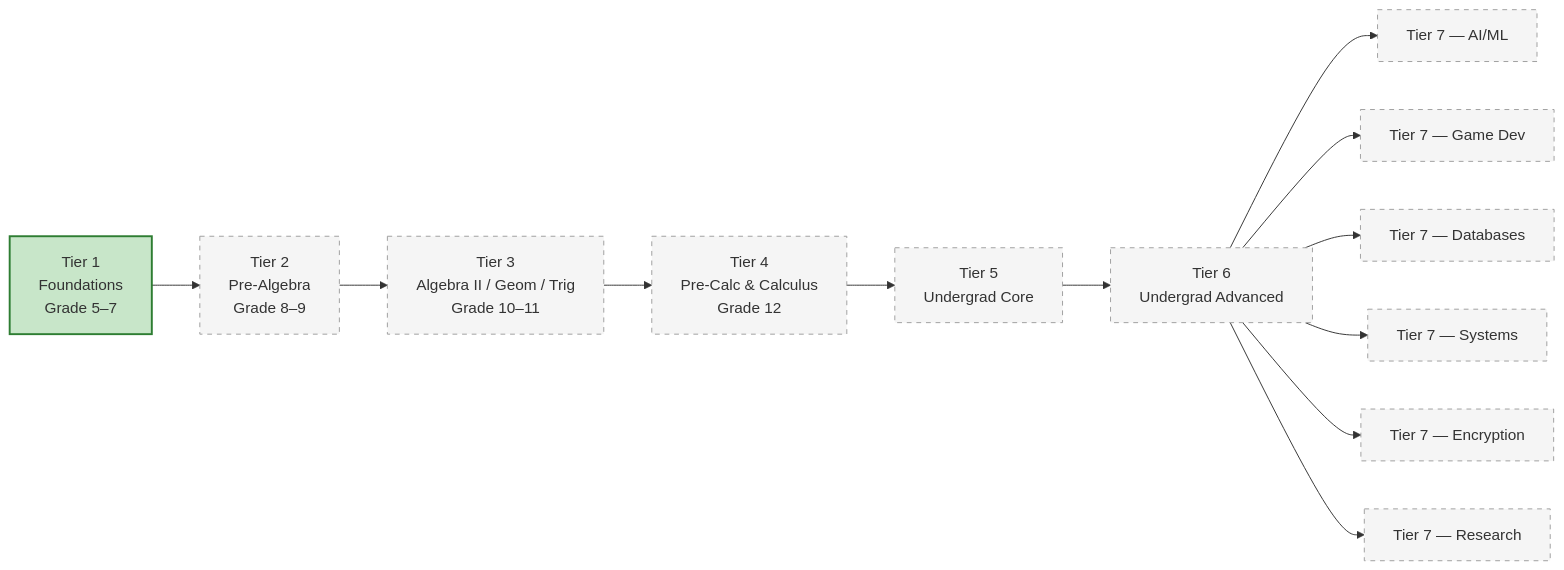
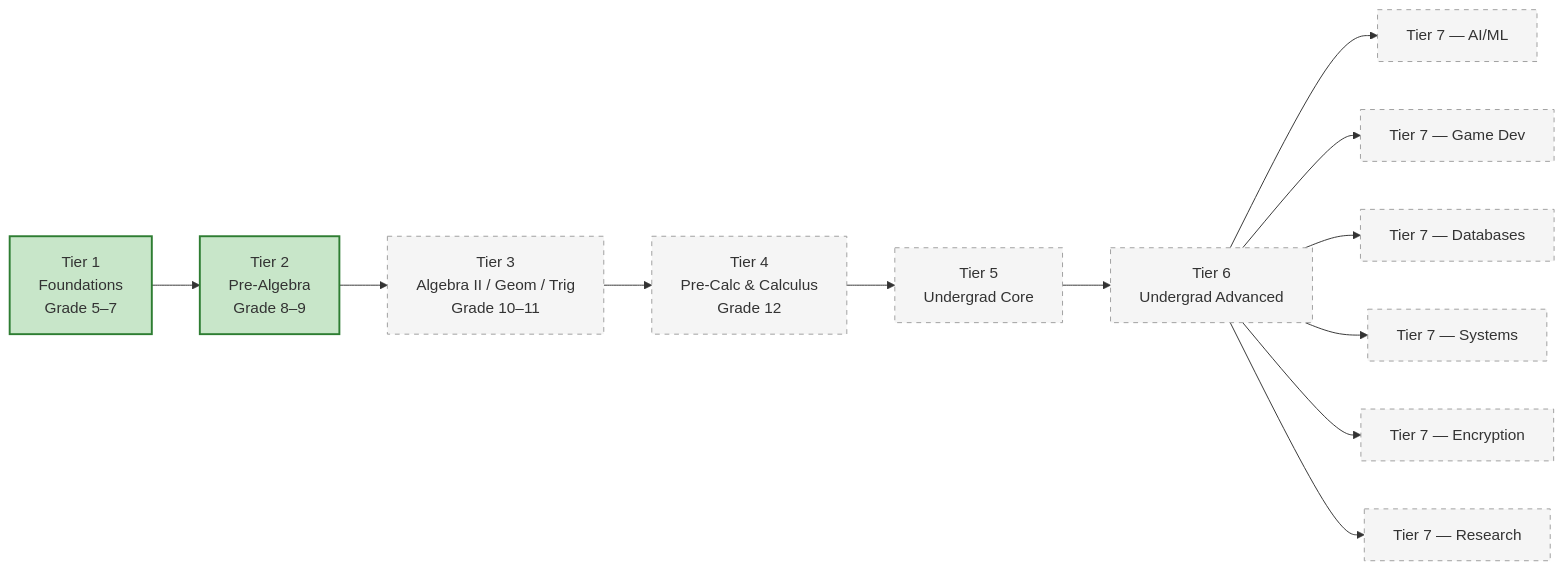
The diagram in index.qmd (rajeshpillai/applied-maths), drawn with Mermaid before and after one commit. The commit also changed other lines of this file and 13 other files, not shown here.

````diff
--- a/index.qmd
+++ b/index.qmd
@@ -77,19 +77,19 @@
 ```{mermaid}
 flowchart LR
     T1["Tier 1<br/>Foundations<br/>Grade 5–7"] --> T2["Tier 2<br/>Pre-Algebra<br/>Grade 8–9"]
     T2 --> T3["Tier 3<br/>Algebra II / Geom / Trig<br/>Grade 10–11"]
     T3 --> T4["Tier 4<br/>Pre-Calc & Calculus<br/>Grade 12"]
     T4 --> T5["Tier 5<br/>Undergrad Core"]
     T5 --> T6["Tier 6<br/>Undergrad Advanced"]
     T6 --> T7AI["Tier 7 — AI/ML"]
     T6 --> T7GD["Tier 7 — Game Dev"]
     T6 --> T7DB["Tier 7 — Databases"]
     T6 --> T7SY["Tier 7 — Systems"]
     T6 --> T7EN["Tier 7 — Encryption"]
     T6 --> T7RE["Tier 7 — Research"]
 
     classDef builtTier fill:#c8e6c9,stroke:#2e7d32,stroke-width:2px
     classDef plannedTier fill:#f5f5f5,stroke:#9e9e9e,stroke-dasharray: 5 5
-    class T1 builtTier
-    class T2,T3,T4,T5,T6,T7AI,T7GD,T7DB,T7SY,T7EN,T7RE plannedTier
+    class T1,T2 builtTier
+    class T3,T4,T5,T6,T7AI,T7GD,T7DB,T7SY,T7EN,T7RE plannedTier
 ```
````
